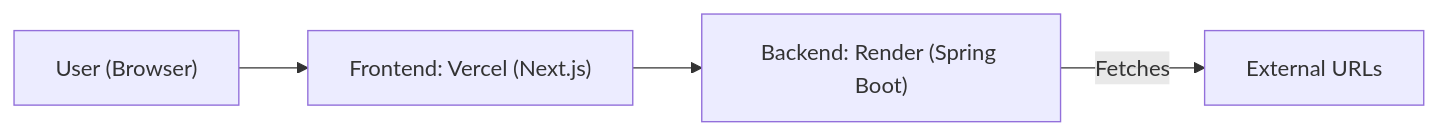
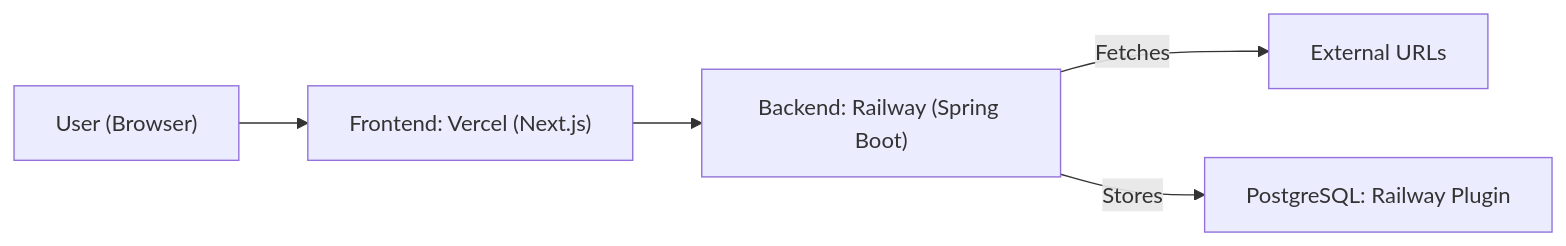
The diagram in README.md (archiskhuspe/Extractly-AI-powered-Content-Extractor), drawn with Mermaid before and after one commit. The commit also changed other lines of this file, not shown here.

````diff
--- a/README.md
+++ b/README.md
@@ -142,6 +155,7 @@
-```mermaid
-flowchart LR
-    User["User (Browser)"] --> Vercel["Frontend: Vercel (Next.js)"]
-    Vercel --> Backend["Backend: Render (Spring Boot)"]
-    Backend -->|Fetches| External["External URLs"]
-```
+  ```mermaid
+  flowchart LR
+      User["User (Browser)"] --> Vercel["Frontend: Vercel (Next.js)"]
+      Vercel --> Backend["Backend: Railway (Spring Boot)"]
+      Backend -->|Fetches| External["External URLs"]
+      Backend -->|Stores| PostgreSQL["PostgreSQL: Railway Plugin"]
+  ```
````
